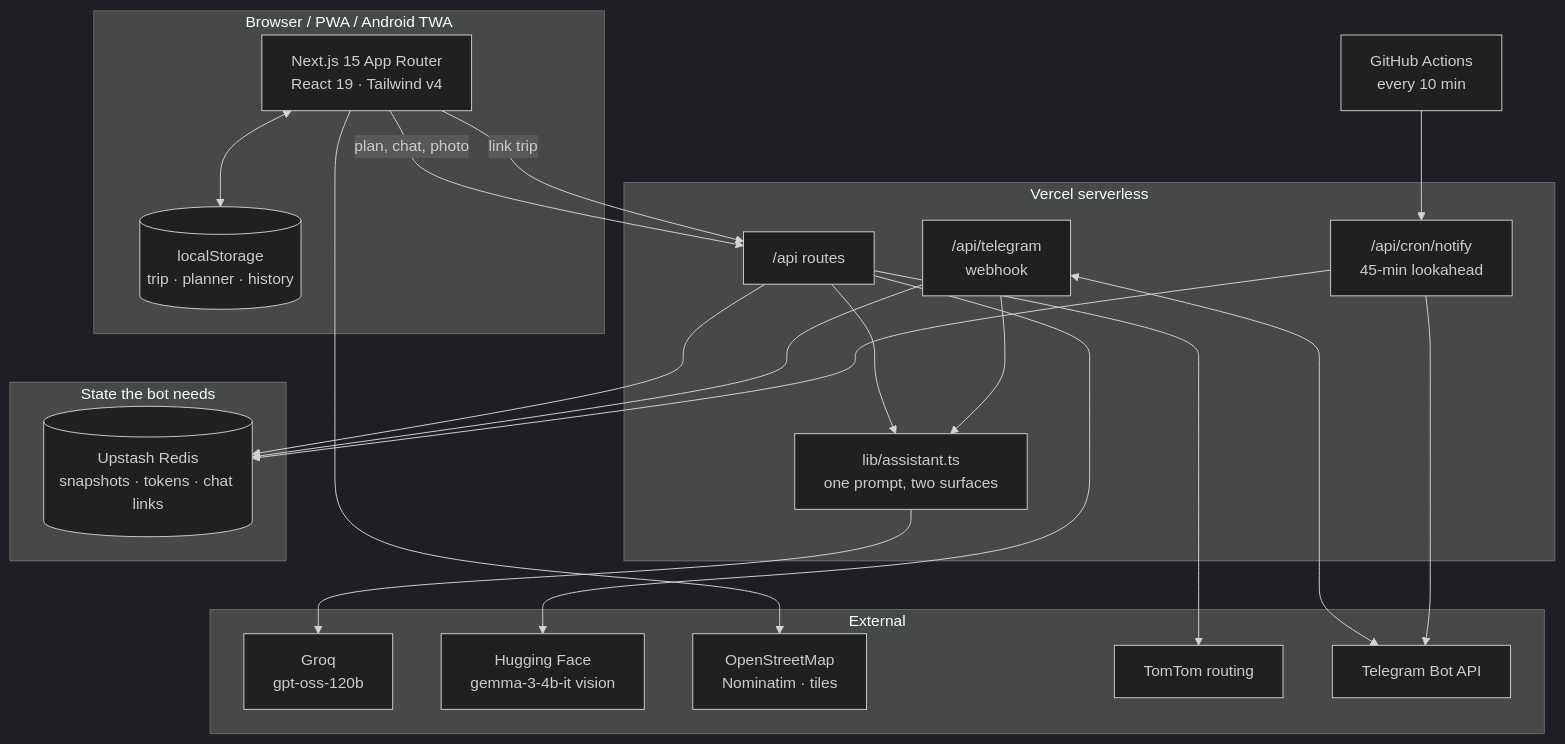
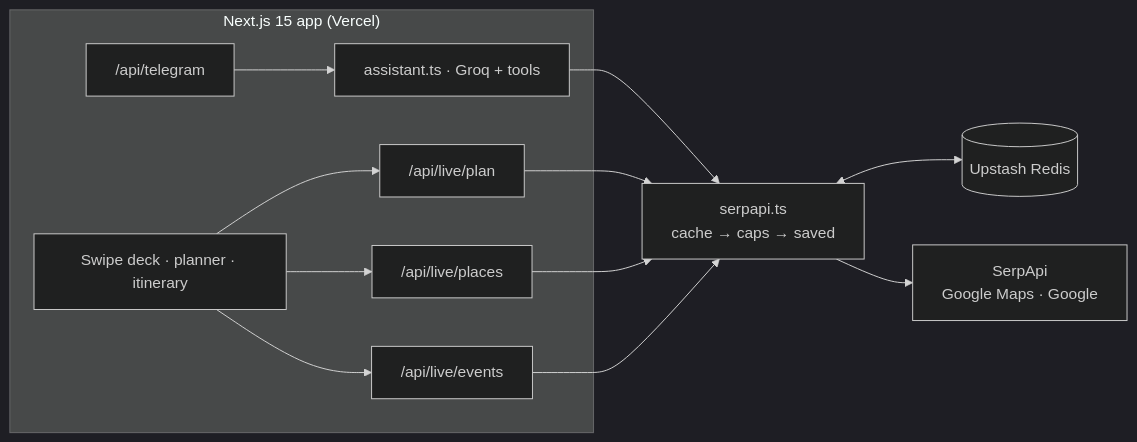
The diagram in README.md (raunak23427/travel-concierge), drawn with Mermaid (dark theme) before and after one commit. The commit also changed other lines of this file and 10 other files, not shown here.

````diff
--- a/README.md
+++ b/README.md
@@ -190,42 +96,19 @@
 ```mermaid
-flowchart TB
-    subgraph client["Browser / PWA / Android TWA"]
-        UI["Next.js 15 App Router<br/>React 19 · Tailwind v4"]
-        LS[("localStorage<br/>trip · planner · history")]
-        UI <--> LS
+flowchart LR
+    subgraph app["Next.js 15 app (Vercel)"]
+        UI["Swipe deck · planner · itinerary"]
+        PLAN["/api/live/plan"]
+        PLACES["/api/live/places"]
+        EVENTS["/api/live/events"]
+        BOT["/api/telegram"]
+        ASK["assistant.ts · Groq + tools"]
     end
-
-    subgraph edge["Vercel serverless"]
-        API["/api routes"]
-        ASSIST["lib/assistant.ts<br/>one prompt, two surfaces"]
-        TG["/api/telegram<br/>webhook"]
-        CRON["/api/cron/notify<br/>45-min lookahead"]
-        API --> ASSIST
-        TG --> ASSIST
-    end
-
-    subgraph store["State the bot needs"]
-        KV[("Upstash Redis<br/>snapshots · tokens · chat links")]
-    end
-
-    subgraph ext["External"]
-        GROQ["Groq<br/>gpt-oss-120b"]
-        HF["Hugging Face<br/>gemma-3-4b-it vision"]
-        OSM["OpenStreetMap<br/>Nominatim · tiles"]
-        TOMTOM["TomTom routing"]
-        TGAPI["Telegram Bot API"]
-    end
-
-    UI -->|"plan, chat, photo"| API
-    UI -->|"link trip"| API
-    API --> KV
-    TG --> KV
-    CRON --> KV
-    ASSIST --> GROQ
-    API --> HF
-    UI --> OSM
-    API --> TOMTOM
-    TG <--> TGAPI
-    CRON --> TGAPI
-    GHA["GitHub Actions<br/>every 10 min"] --> CRON
+    SERP["serpapi.ts<br/>cache → caps → saved"]
+    KV[("Upstash Redis")]
+    SA["SerpApi<br/>Google Maps · Google"]
+    UI --> PLAN & PLACES & EVENTS
+    BOT --> ASK --> SERP
+    PLAN & PLACES & EVENTS --> SERP
+    SERP <--> KV
+    SERP --> SA
 ```
````
